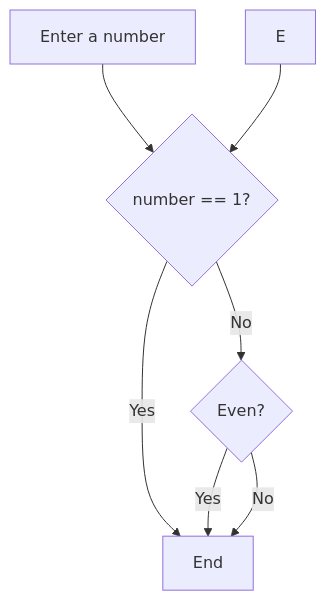
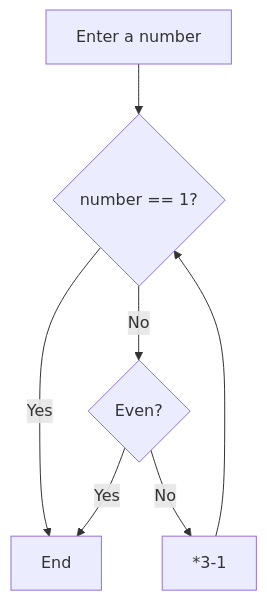
The second of 2 diagrams in README.md (PeeBs68/mywork), drawn with Mermaid before and after one commit.

Commit message:
Playing with mermaid for readme

````diff
--- a/README.md
+++ b/README.md
@@ -27,9 +27,9 @@
 ```mermaid
 flowchart TD;
     A[Enter a number] --> B{number == 1?};
     B -- Yes --> G[End];
     B -- No --> C{Even?};
     C -- Yes --> G[End];
-    C -- No --> G[End];
+    C -- No --> E[*3-1];
     E-->B;
 ```
````
